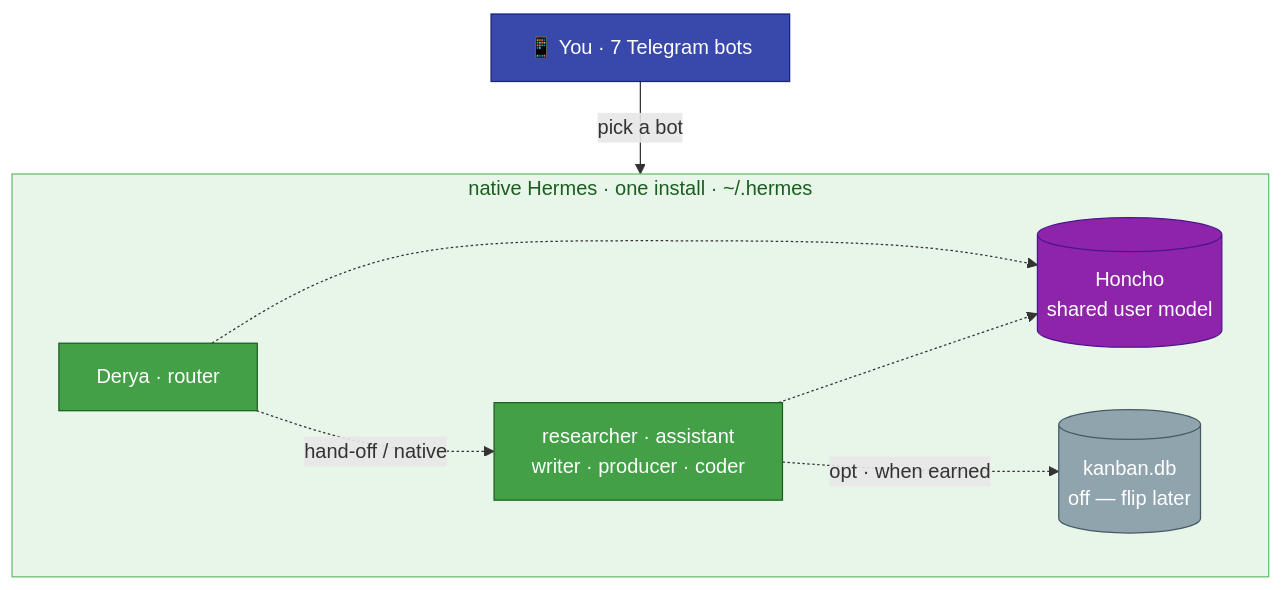
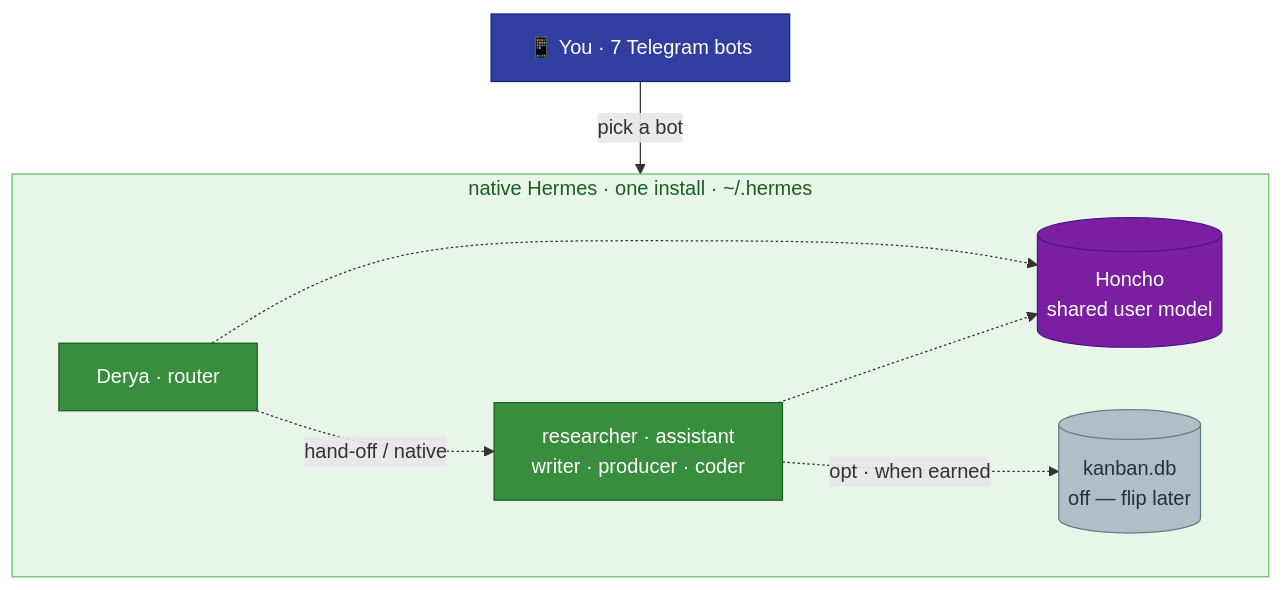
The diagram in docs/12-agent-comms.md (mpolatcan/hermes-setup), drawn with Mermaid before and after one commit. The commit also changed 9 other files, not shown here.

First line of the commit message:
docs: unify mermaid palette to Material Design (legible contrast)

````diff
--- a/docs/12-agent-comms.md
+++ b/docs/12-agent-comms.md
@@ -7,21 +7,21 @@
 ```mermaid
 flowchart TB
     you["📱 You · 7 Telegram bots"]:::user
     subgraph install["native Hermes · one install · ~/.hermes"]
         direction LR
         derya["Derya · router"]:::mini
         others["researcher · assistant<br/>writer · producer · coder"]:::mini
         honcho[("Honcho<br/>shared user model")]:::infra
         board[("kanban.db<br/>off — flip later")]:::off
     end
     you -->|pick a bot| install
     derya -.->|hand-off / native| others
     others -.-> honcho
     derya -.-> honcho
     others -. "opt · when earned" .-> board
-    classDef user fill:#3949AB,stroke:#1A237E,color:#fff
-    classDef mini fill:#43A047,stroke:#1B5E20,color:#fff
-    classDef infra fill:#8E24AA,stroke:#4A148C,color:#fff
-    classDef off fill:#90A4AE,stroke:#455A64,color:#fff
+    classDef user fill:#303F9F,stroke:#1A237E,color:#fff
+    classDef mini fill:#388E3C,stroke:#1B5E20,color:#fff
+    classDef infra fill:#7B1FA2,stroke:#4A148C,color:#fff
+    classDef off fill:#B0BEC5,stroke:#607D8B,color:#263238
     style install fill:#E8F5E9,stroke:#66BB6A,color:#1B5E20
 ```
````
